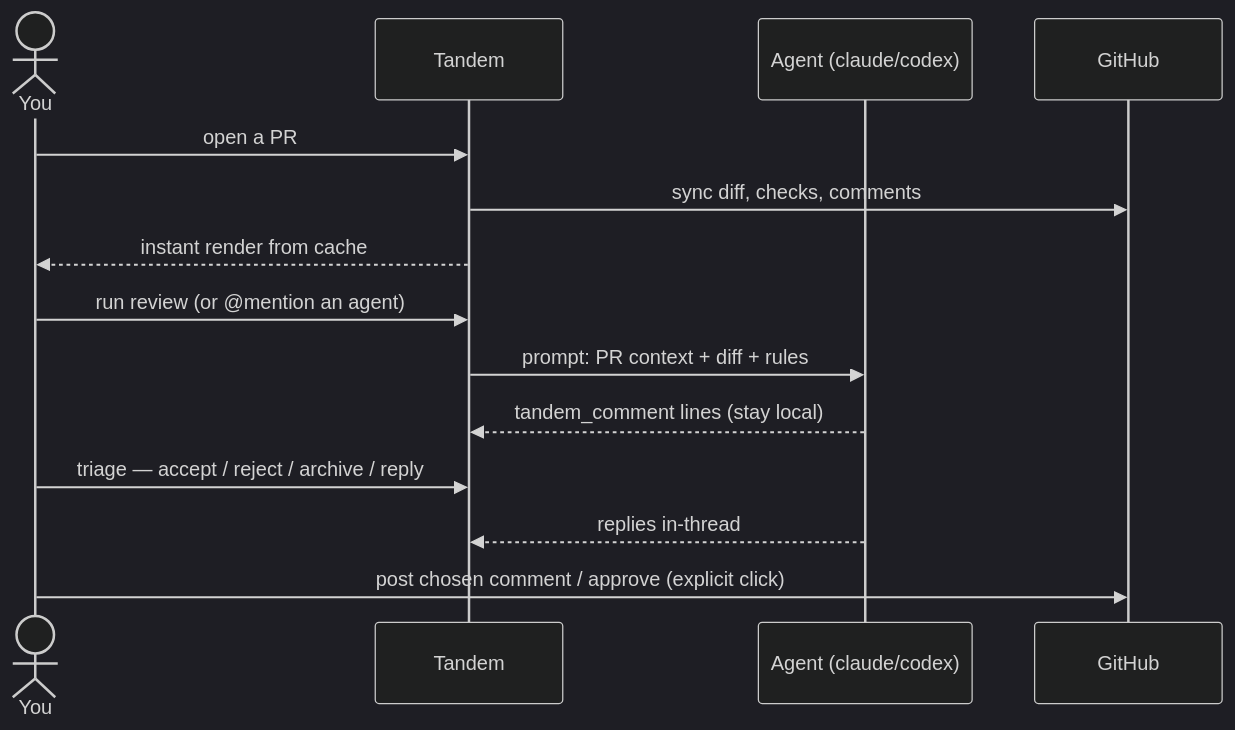
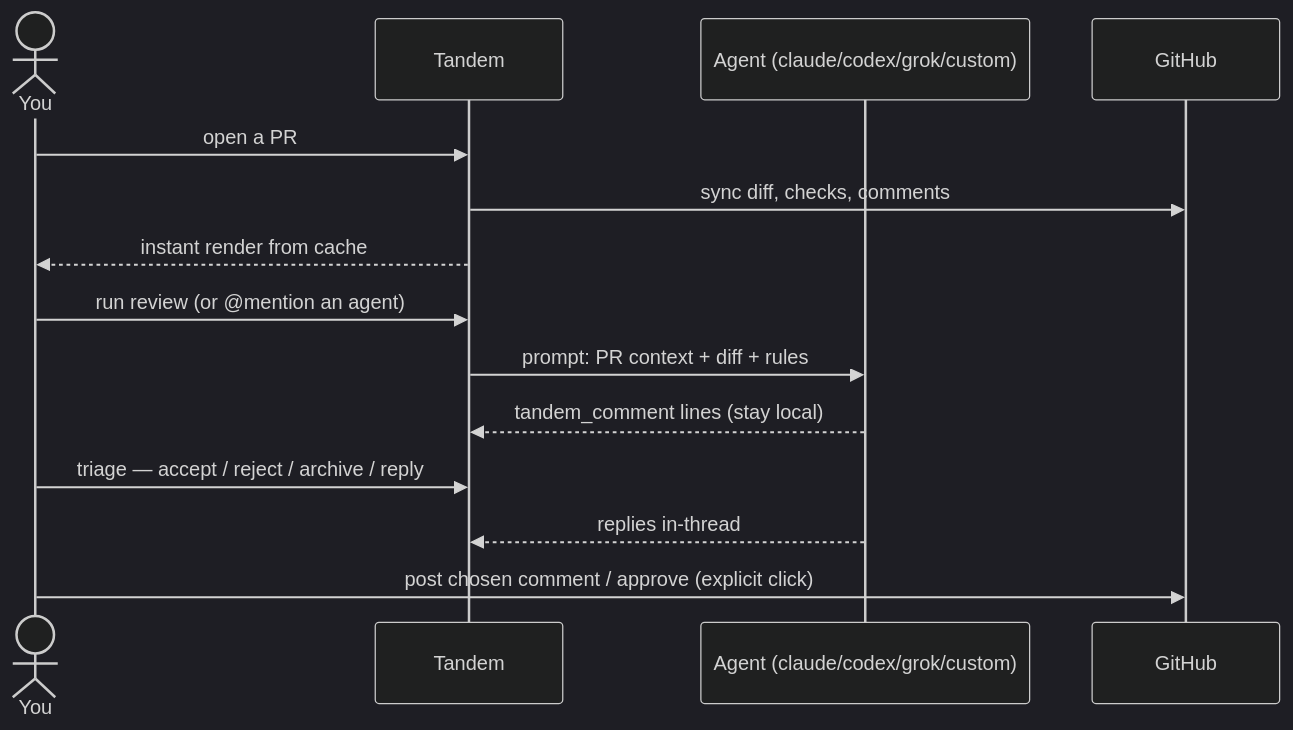
The second of 2 diagrams in tandem/README.md (beagle-tools/beagle-tools), drawn with Mermaid (dark theme) before and after one commit. The commit also changed other lines of this file and 31 other files, not shown here.

````diff
--- a/tandem/README.md
+++ b/tandem/README.md
@@ -44,17 +61,17 @@
 ```mermaid
 sequenceDiagram
     actor You
     participant T as Tandem
-    participant A as Agent (claude/codex)
+    participant A as Agent (claude/codex/grok/custom)
     participant G as GitHub
 
     You->>T: open a PR
     T->>G: sync diff, checks, comments
     T-->>You: instant render from cache
     You->>T: run review (or @mention an agent)
     T->>A: prompt: PR context + diff + rules
     A-->>T: tandem_comment lines (stay local)
     You->>T: triage — accept / reject / archive / reply
     A-->>T: replies in-thread
     You->>G: post chosen comment / approve (explicit click)
 ```
````
